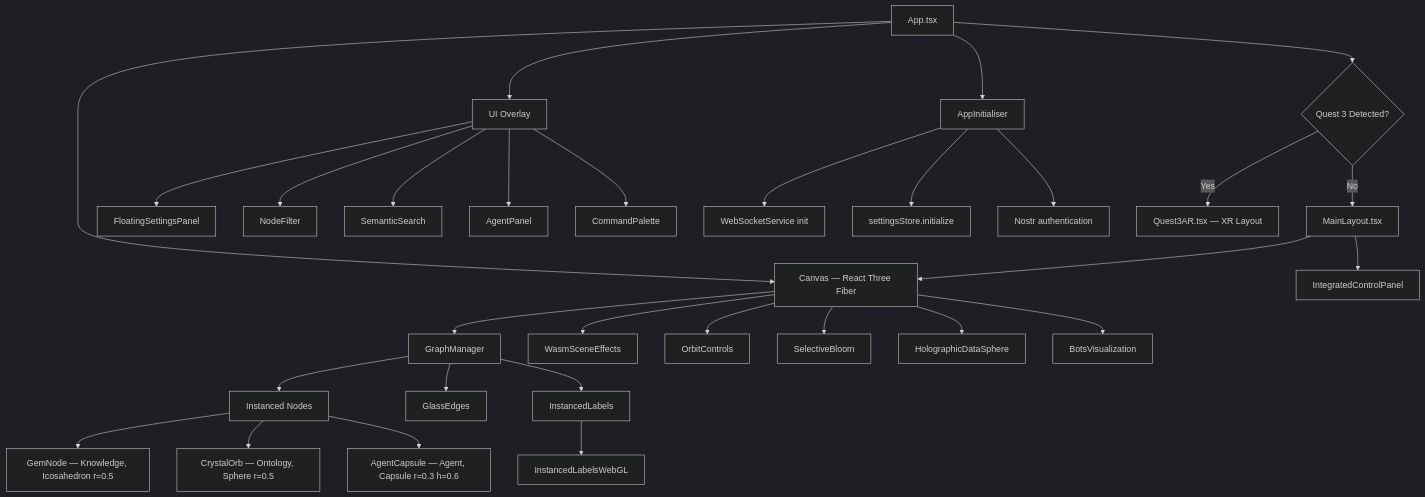
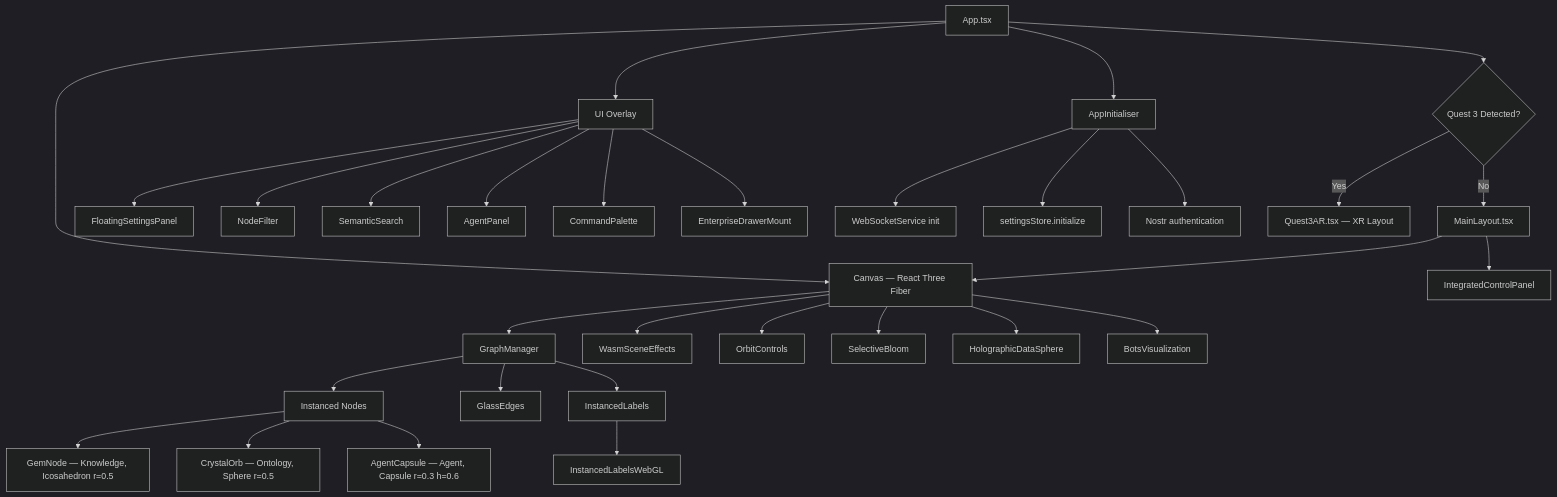
One commit to shaneholloman/logseq-spring-thing changed the second of 7 diagrams in docs/explanation/client-architecture.md. Above: the diagram before and after it, drawn with Mermaid (dark theme). The commit also changed other lines of this file and 77 other files, not shown here.

First line of the commit message:
recover(docs): bring crashbug modifications + 4 root-level diagrams

````diff
--- a/docs/explanation/client-architecture.md
+++ b/docs/explanation/client-architecture.md
@@ -46,40 +46,41 @@
 ```mermaid
 graph TD
     App[App.tsx] --> Canvas[Canvas — React Three Fiber]
     App --> UI[UI Overlay]
     App --> Init[AppInitialiser]
 
     Init --> WSInit[WebSocketService init]
     Init --> SettingsInit[settingsStore.initialize]
     Init --> AuthInit[Nostr authentication]
 
     App --> QuestDetect{Quest 3 Detected?}
     QuestDetect -->|Yes| Quest3AR[Quest3AR.tsx — XR Layout]
     QuestDetect -->|No| MainLayout[MainLayout.tsx]
 
     MainLayout --> Canvas
     MainLayout --> IntegratedControlPanel[IntegratedControlPanel]
 
     Canvas --> GM[GraphManager]
     Canvas --> WasmFX[WasmSceneEffects]
     Canvas --> Camera[OrbitControls]
     Canvas --> Bloom[SelectiveBloom]
     Canvas --> Holo[HolographicDataSphere]
     Canvas --> Bots[BotsVisualization]
 
     GM --> Nodes[Instanced Nodes]
     GM --> Edges[GlassEdges]
     GM --> Labels[InstancedLabels]
 
     Nodes --> Gem[GemNode — Knowledge, Icosahedron r=0.5]
     Nodes --> Crystal[CrystalOrb — Ontology, Sphere r=0.5]
     Nodes --> Capsule[AgentCapsule — Agent, Capsule r=0.3 h=0.6]
 
     Labels --> WebGL[InstancedLabelsWebGL]
 
     UI --> Settings[FloatingSettingsPanel]
     UI --> Filter[NodeFilter]
     UI --> Search[SemanticSearch]
     UI --> Agents[AgentPanel]
     UI --> CommandPalette[CommandPalette]
+    UI --> EnterpriseDrawerMount[EnterpriseDrawerMount]
 ```
````
